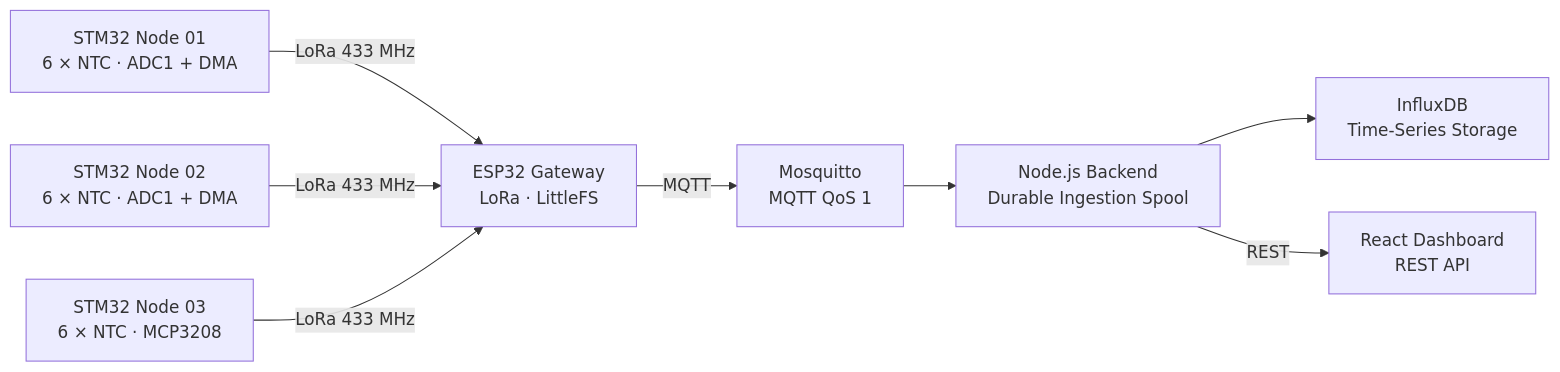
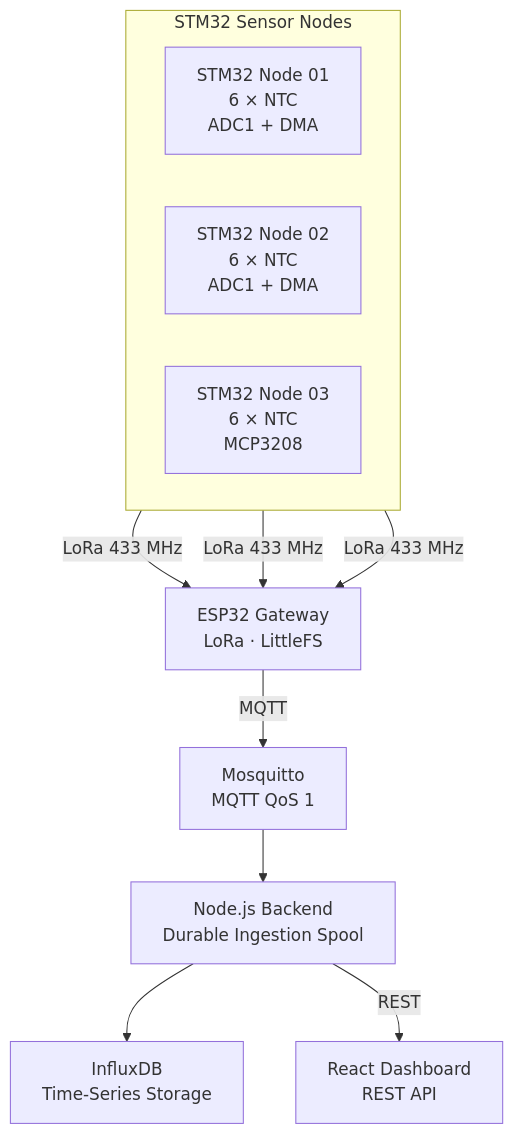
One commit to haikevins/iot-system changed the diagram in README.md. Above: the diagram before and after it, drawn with Mermaid.

Commit message:
docs: use vertical system architecture diagram

````diff
--- a/README.md
+++ b/README.md
@@ -39,19 +39,26 @@
 ```mermaid
-flowchart LR
-    N1["STM32 Node 01<br/>6 × NTC · ADC1 + DMA"]
-    N2["STM32 Node 02<br/>6 × NTC · ADC1 + DMA"]
-    N3["STM32 Node 03<br/>6 × NTC · MCP3208"]
-    G["ESP32 Gateway<br/>LoRa · LittleFS"]
-    M["Mosquitto<br/>MQTT QoS 1"]
-    B["Node.js Backend<br/>Durable Ingestion Spool"]
-    I["InfluxDB<br/>Time-Series Storage"]
-    F["React Dashboard<br/>REST API"]
+flowchart TB
+    subgraph SENSOR_NODES["STM32 Sensor Nodes"]
+        direction LR
 
-    N1 -->|LoRa 433 MHz| G
-    N2 -->|LoRa 433 MHz| G
-    N3 -->|LoRa 433 MHz| G
-    G -->|MQTT| M
-    M --> B
-    B --> I
-    B -->|REST| F
+        N1["STM32 Node 01<br/>6 × NTC<br/>ADC1 + DMA"]
+        N2["STM32 Node 02<br/>6 × NTC<br/>ADC1 + DMA"]
+        N3["STM32 Node 03<br/>6 × NTC<br/>MCP3208"]
+    end
+
+    GW["ESP32 Gateway<br/>LoRa · LittleFS"]
+    MQTT["Mosquitto<br/>MQTT QoS 1"]
+    BACKEND["Node.js Backend<br/>Durable Ingestion Spool"]
+    DB["InfluxDB<br/>Time-Series Storage"]
+    DASH["React Dashboard<br/>REST API"]
+
+    N1 -->|"LoRa 433 MHz"| GW
+    N2 -->|"LoRa 433 MHz"| GW
+    N3 -->|"LoRa 433 MHz"| GW
+
+    GW -->|"MQTT"| MQTT
+    MQTT --> BACKEND
+
+    BACKEND --> DB
+    BACKEND -->|"REST"| DASH
 ```
````
